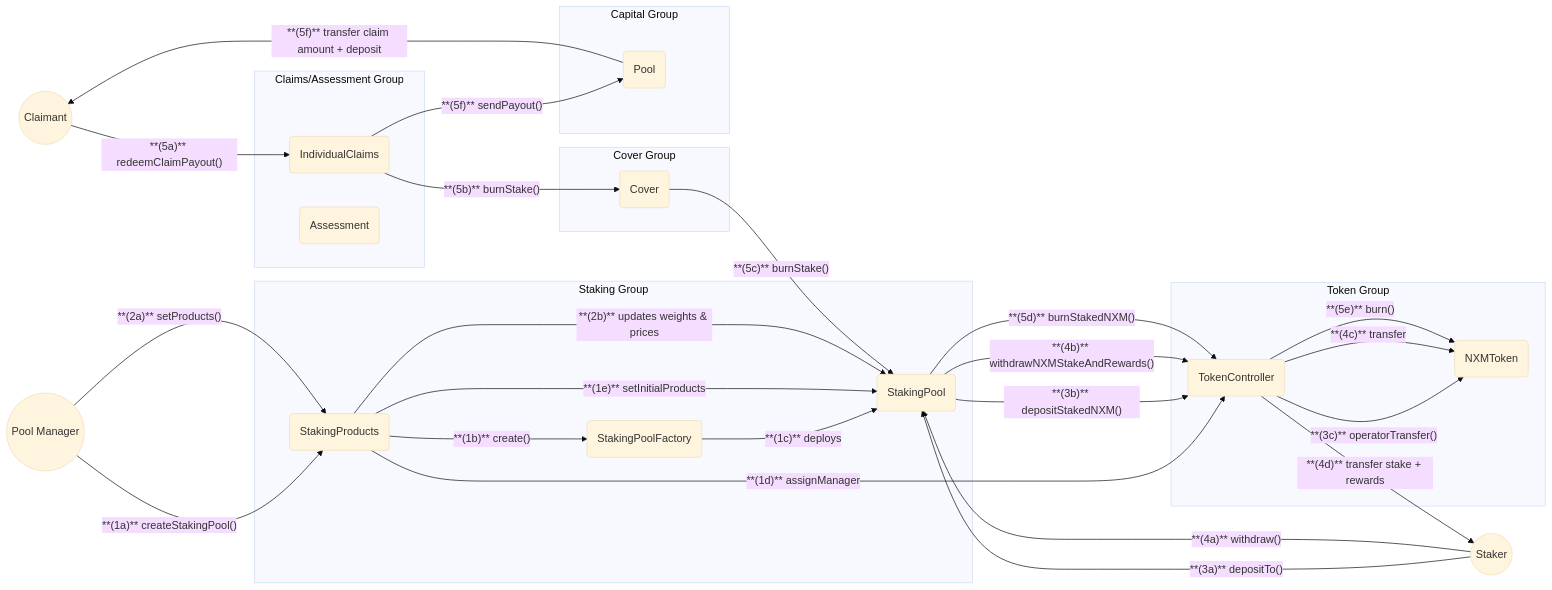
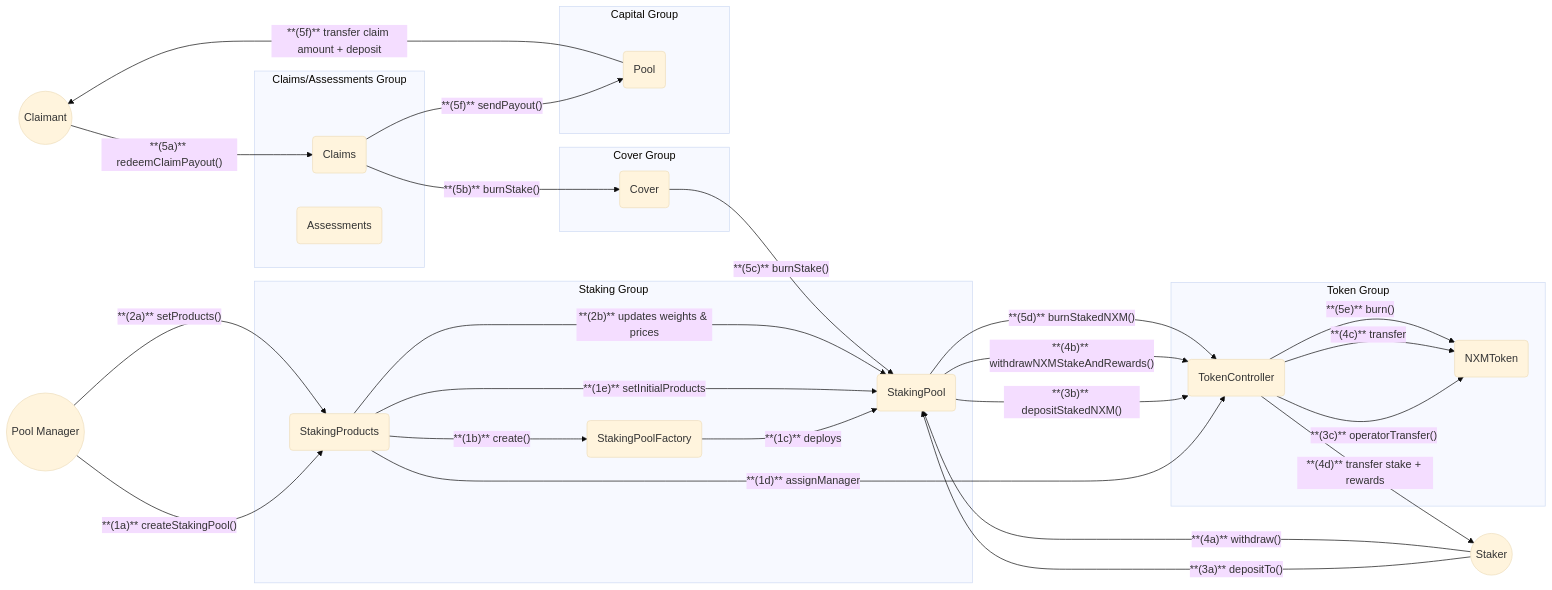
The second of 2 diagrams in docs/developers/Diagrams/Diagrams.md (NexusMutual/docs), drawn with Mermaid (base theme) before and after one commit. The commit also changed other lines of this file and 8 other files, not shown here.

First line of the commit message:
docs: update diagrams and user flows for the current contracts

````diff
--- a/docs/developers/Diagrams/Diagrams.md
+++ b/docs/developers/Diagrams/Diagrams.md
@@ -119,63 +116,63 @@
 ```mermaid
 flowchart LR
     %% Actors & Contracts
     Manager(("Pool Manager"))
     Staker(("Staker"))
     Claimant(("Claimant"))
 
 
     subgraph "Staking Group"
       SPF("StakingPoolFactory")
       SP("StakingPool")
       SPd("StakingProducts")
     end
 
     subgraph "Token Group"
       TCO("TokenController")
       NXM("NXMToken")
     end
 
-    subgraph "Claims/Assessment Group"
-      IC("IndividualClaims")
-      AS("Assessment")
+    subgraph "Claims/Assessments Group"
+      IC("Claims")
+      AS("Assessments")
     end
 
     subgraph "Cover Group"
       CoverC("Cover")
     end
 
     subgraph "Capital Group"
       PoolC("Pool")
     end
 
     %% 1. Create Pool (single tx)
     Manager -->|"**(1a)** createStakingPool()"| SPd
     SPd -->|"**(1b)** create()"| SPF
     SPF -->|"**(1c)** deploys"| SP
     SPd -->|"**(1d)** assignManager"| TCO
     SPd -->|"**(1e)** setInitialProducts"| SP
 
     %% 2. Update Products (single tx)
     Manager -->|"**(2a)** setProducts()"| SPd
     SPd -->|"**(2b)** updates weights & prices"| SP
 
     %% 3. Deposit NXM (single tx)
     Staker -->|"**(3a)** depositTo()"| SP
     SP -->|"**(3b)** depositStakedNXM()"| TCO
     TCO -->|"**(3c)** operatorTransfer()"| NXM
 
     %% 4. Withdraw (single tx)
     Staker -->|"**(4a)** withdraw()"| SP
     SP -->|"**(4b)** withdrawNXMStakeAndRewards()"| TCO
     TCO -->|"**(4c)** transfer"| NXM
     TCO -->|"**(4d)** transfer stake + rewards"| Staker
 
     %% 5. Burn and Payout on Claim (single tx)
     Claimant -->|"**(5a)** redeemClaimPayout()"| IC
     IC -->|"**(5b)** burnStake()"| CoverC
     CoverC -->|"**(5c)** burnStake()"| SP
     SP -->|"**(5d)** burnStakedNXM()"| TCO
     TCO -->|"**(5e)** burn()"| NXM
     IC -->|"**(5f)** sendPayout()"| PoolC
     PoolC -->|"**(5f)** transfer claim amount + deposit"| Claimant
 ```
````
